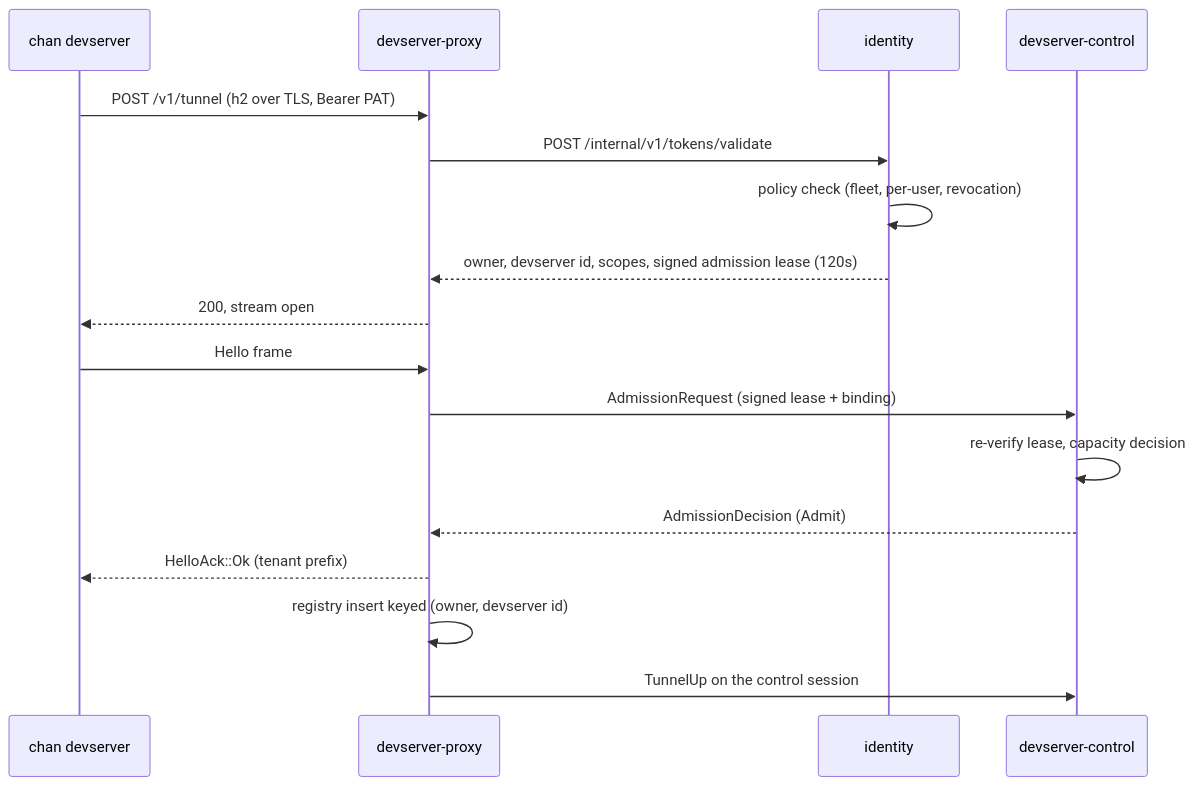
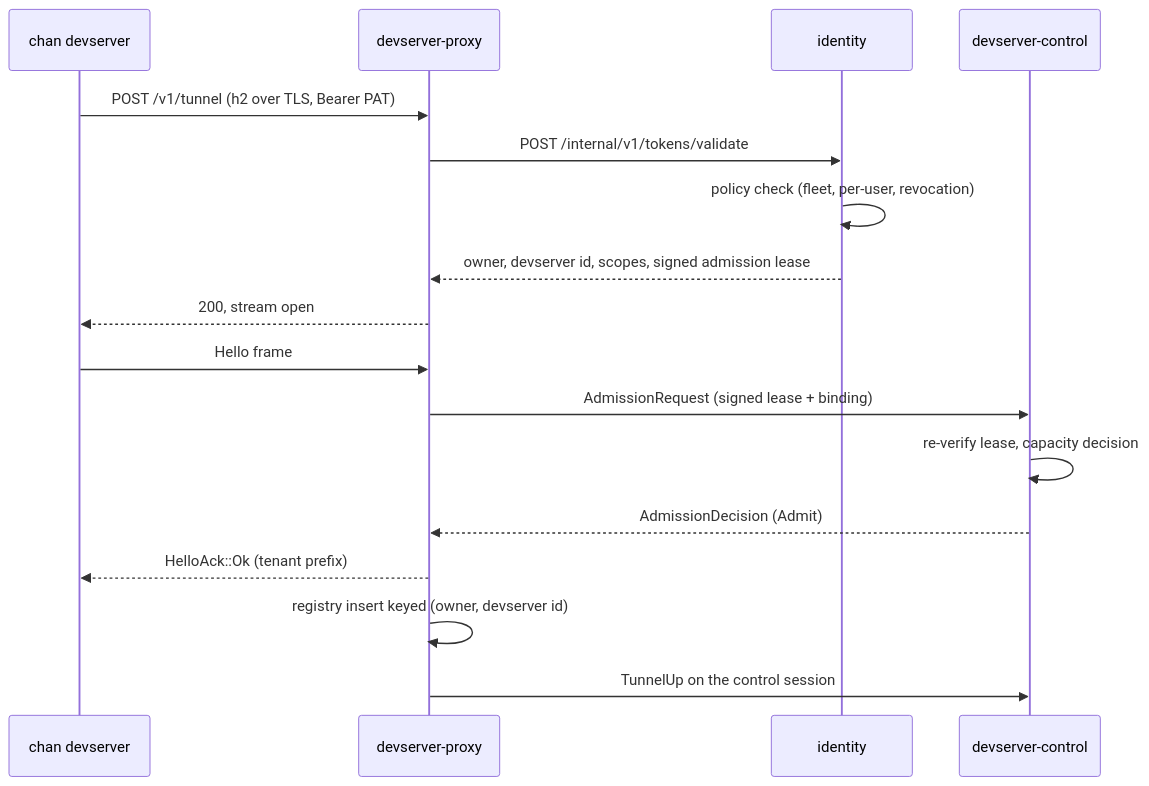
Before and after one commit to fiorix/chan: the second of 4 diagrams in gateway/design.md, drawn with Mermaid. The commit also changed other lines of this file and 19 other files, not shown here.

````diff
--- a/gateway/design.md
+++ b/gateway/design.md
@@ -69,19 +76,19 @@
 ```mermaid
 sequenceDiagram
     participant DS as chan devserver
     participant PX as devserver-proxy
     participant ID as identity
     participant CT as devserver-control
     DS->>PX: POST /v1/tunnel (h2 over TLS, Bearer PAT)
     PX->>ID: POST /internal/v1/tokens/validate
     ID->>ID: policy check (fleet, per-user, revocation)
-    ID-->>PX: owner, devserver id, scopes, signed admission lease (120s)
+    ID-->>PX: owner, devserver id, scopes, signed admission lease
     PX-->>DS: 200, stream open
     DS->>PX: Hello frame
     PX->>CT: AdmissionRequest (signed lease + binding)
     CT->>CT: re-verify lease, capacity decision
     CT-->>PX: AdmissionDecision (Admit)
     PX-->>DS: HelloAck::Ok (tenant prefix)
     PX->>PX: registry insert keyed (owner, devserver id)
     PX->>CT: TunnelUp on the control session
 ```
````
